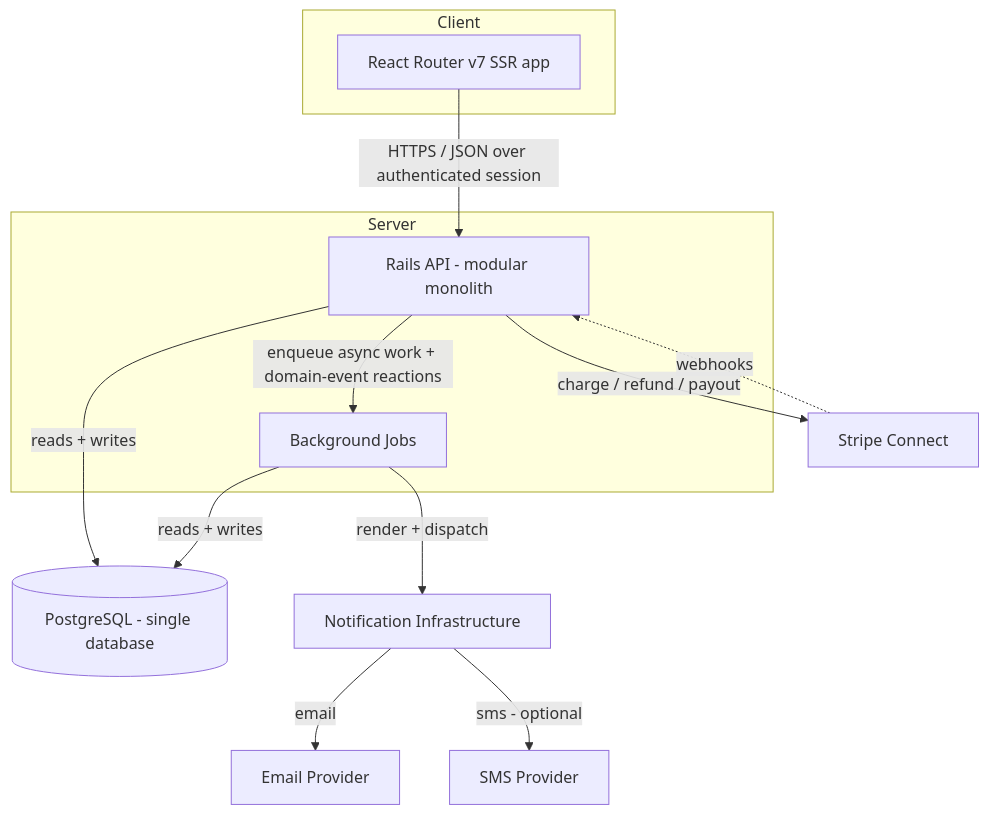
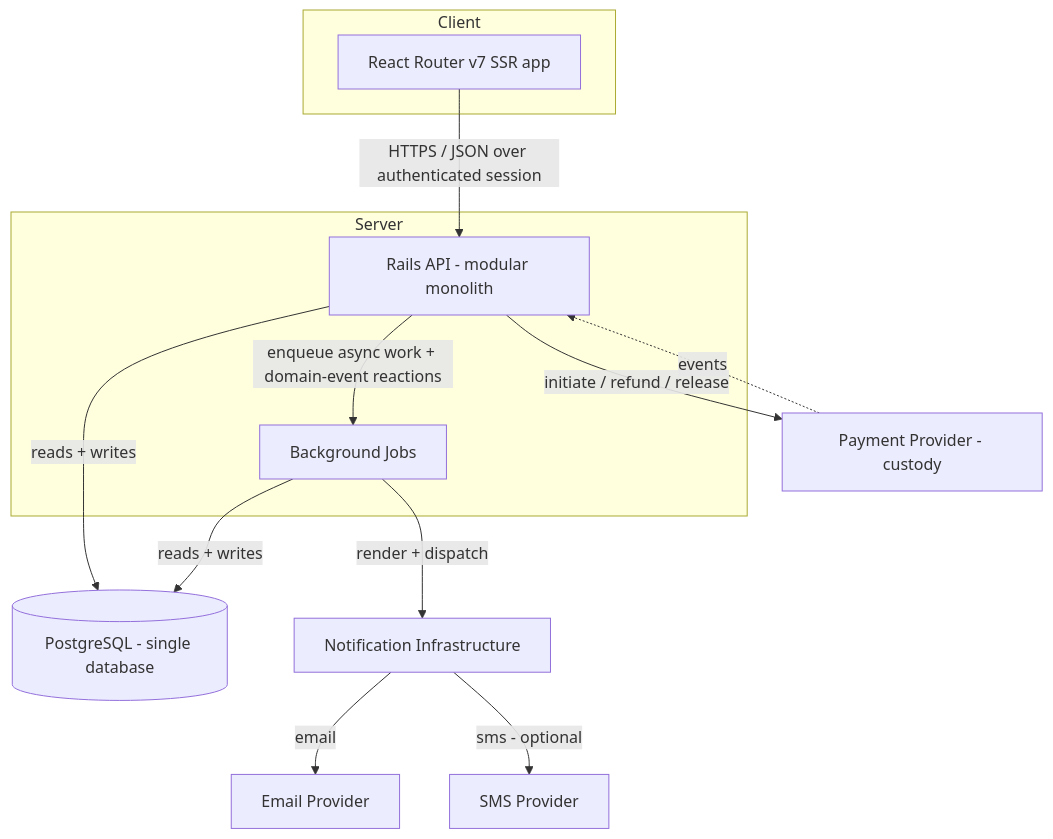
The second of 3 diagrams in docs/architecture/overview.md (markmamba/redcab-docs), drawn with Mermaid before and after one commit. The commit also changed other lines of this file and 32 other files, not shown here.

Commit message:
docs: update payment architecture

````diff
--- a/docs/architecture/overview.md
+++ b/docs/architecture/overview.md
@@ -265,22 +266,22 @@
 ```mermaid
 graph TD
   subgraph Client
     Web[React Router v7 SSR app]
   end
   subgraph Server
     API[Rails API - modular monolith]
     Jobs[Background Jobs]
   end
   DB[(PostgreSQL - single database)]
   Notif[Notification Infrastructure]
 
   Web -->|HTTPS / JSON over authenticated session| API
   API -->|reads + writes| DB
   Jobs -->|reads + writes| DB
   API -->|enqueue async work + domain-event reactions| Jobs
   Jobs -->|render + dispatch| Notif
-  API -->|charge / refund / payout| Stripe[Stripe Connect]
-  Stripe -.->|webhooks| API
+  API -->|"initiate / refund / release"| PSP[Payment Provider - custody]
+  PSP -.->|events| API
   Notif -->|email| Email[Email Provider]
   Notif -->|sms - optional| SMS[SMS Provider]
 ```
````
